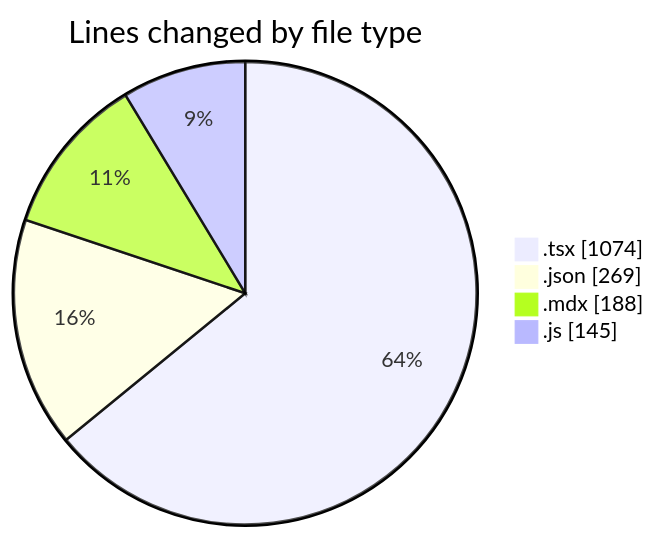
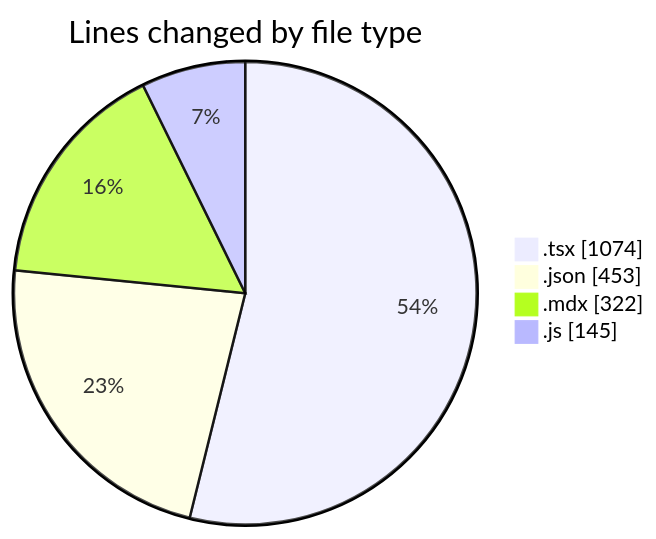
Before and after one commit to momahboobian/code-tracking: the first of 2 diagrams in 2026-01-12/cda/README.md, drawn with Mermaid. The commit also changed other lines of this file and 1 other file, not shown here.

````diff
--- a/2026-01-12/cda/README.md
+++ b/2026-01-12/cda/README.md
@@ -26,8 +26,8 @@
 ```mermaid
 pie showData
 title Lines changed by file type
 ".tsx" : 1074
-".json" : 269
-".mdx" : 188
+".json" : 453
+".mdx" : 322
 ".js" : 145
 ```
````
